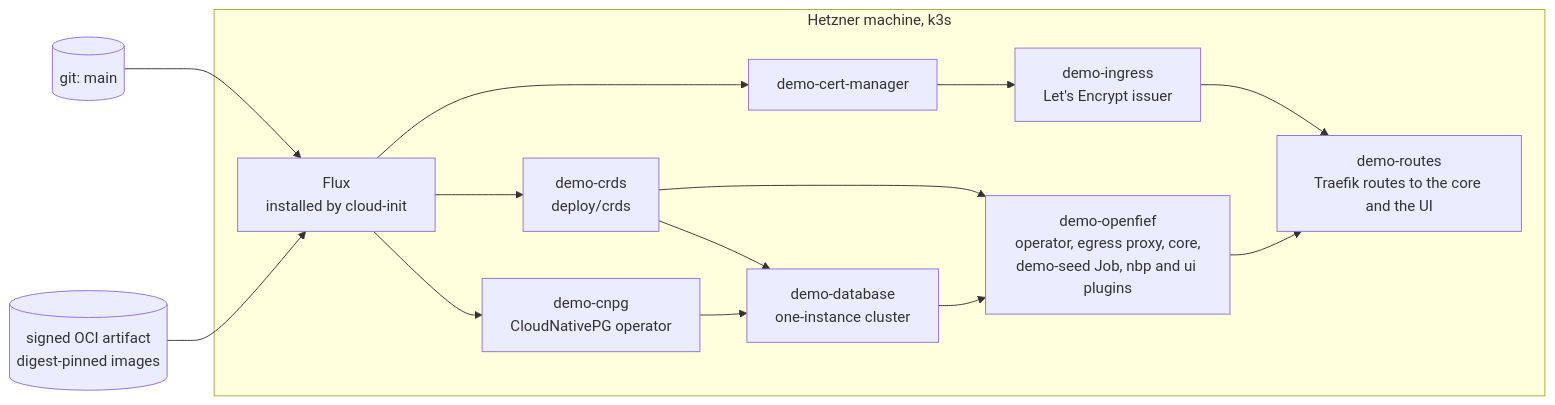
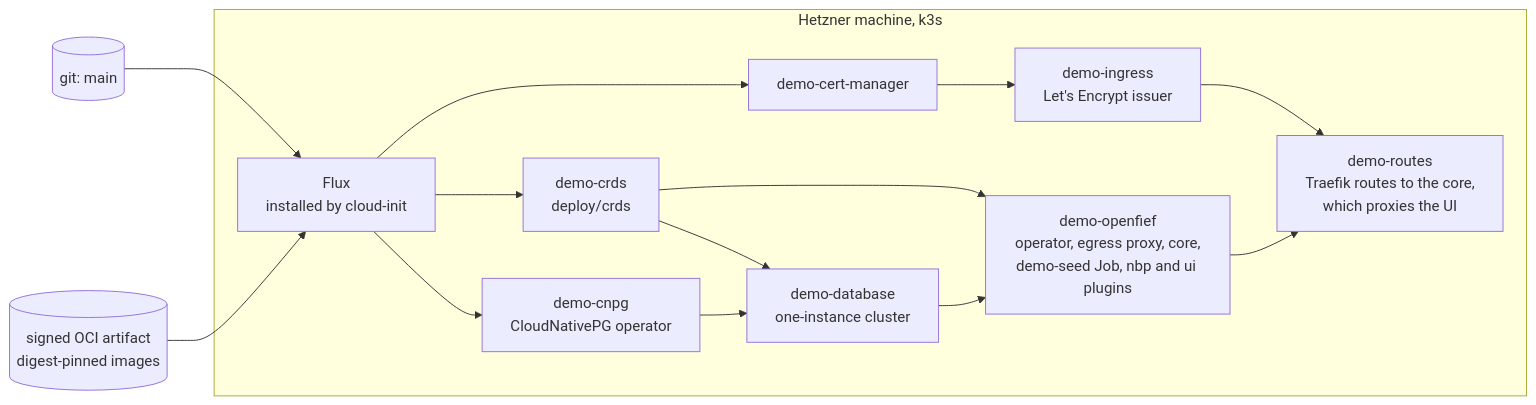
Before and after one commit to arkadiuss/openfief: the fifth of 5 diagrams in docs/architecture.md, drawn with Mermaid. The commit also changed other lines of this file and 177 other files, not shown here.

````diff
--- a/docs/architecture.md
+++ b/docs/architecture.md
@@ -155,24 +155,24 @@
 ```mermaid
 flowchart LR
   git[("git: main")]
   oci[("signed OCI artifact<br/>digest-pinned images")]
   subgraph machine["Hetzner machine, k3s"]
     flux["Flux<br/>installed by cloud-init"]
     crds["demo-crds<br/>deploy/crds"]
     cnpg["demo-cnpg<br/>CloudNativePG operator"]
     db["demo-database<br/>one-instance cluster"]
     cm["demo-cert-manager"]
     ing["demo-ingress<br/>Let's Encrypt issuer"]
-    routes["demo-routes<br/>Traefik routes to the core and the UI"]
+    routes["demo-routes<br/>Traefik routes to the core,<br/>which proxies the UI"]
     of["demo-openfief<br/>operator, egress proxy, core,<br/>demo-seed Job, nbp and ui plugins"]
   end
   git --> flux
   oci --> flux
   flux --> crds & cnpg & cm
   crds --> db
   cnpg --> db
   cm --> ing --> routes
   crds --> of
   db --> of
   of --> routes
 ```
````
